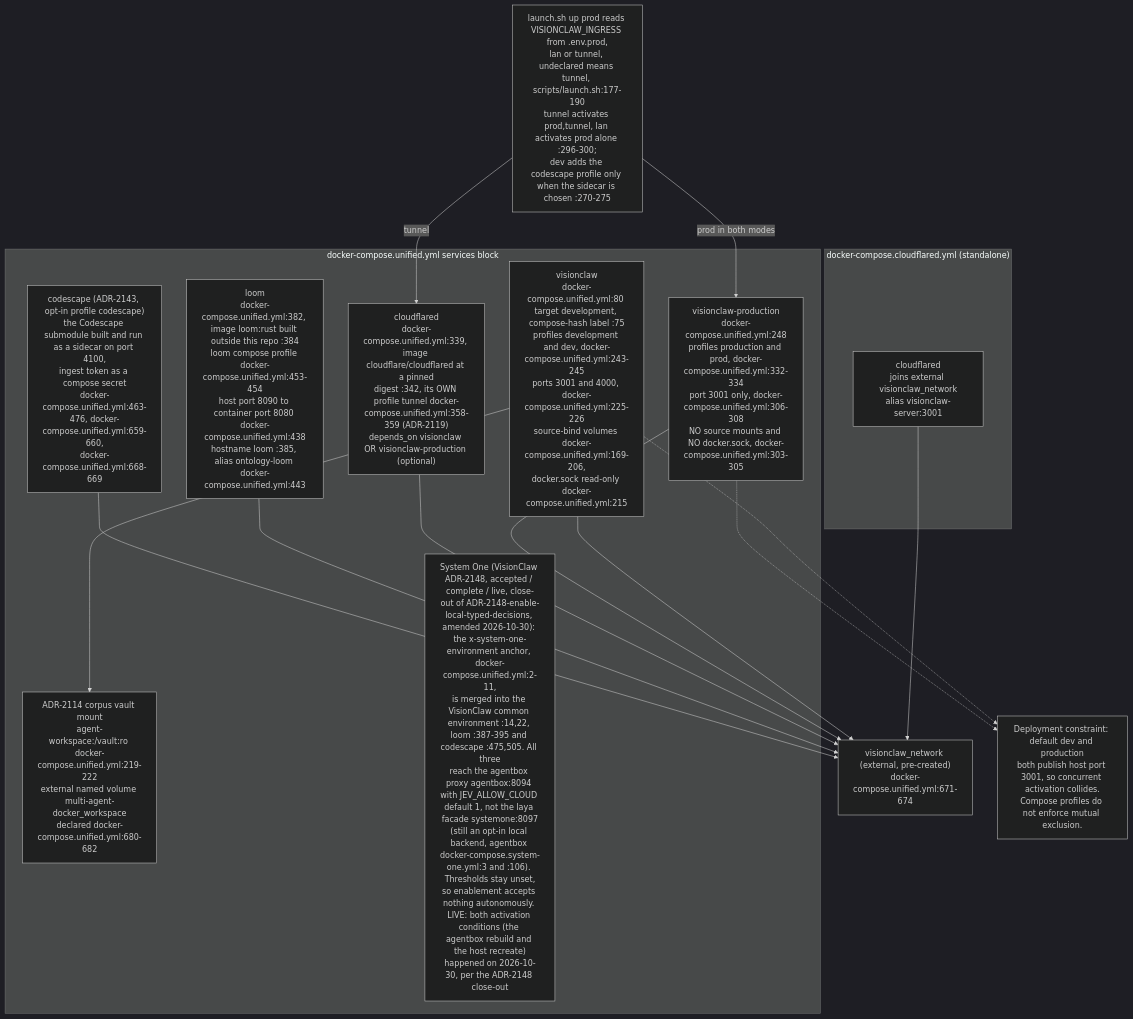
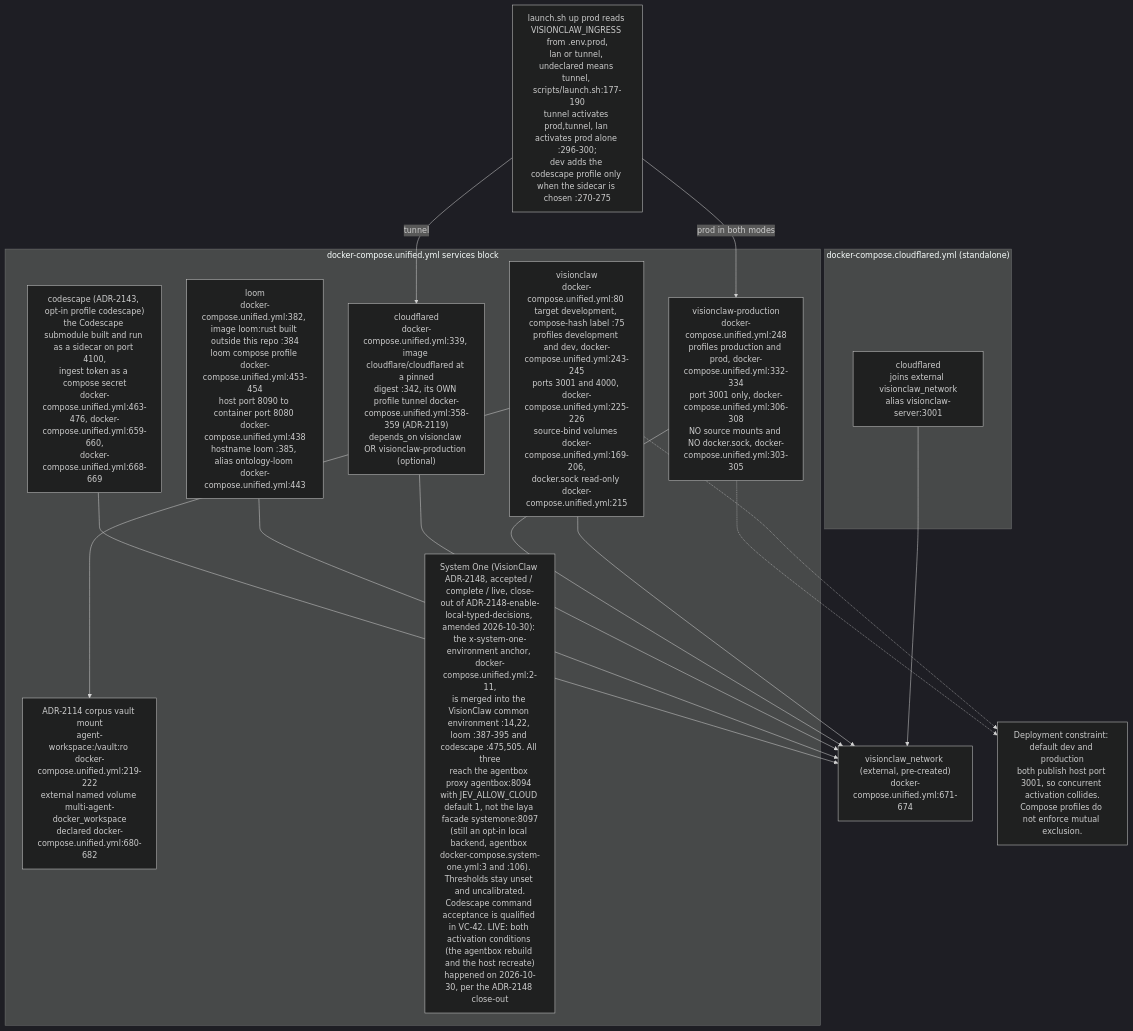
The eighth of 24 diagrams in docs/diagrams/estate/09-build-deploy-and-ci-estate.md (DreamLab-AI/VisionFlow), drawn with Mermaid (dark theme) before and after one commit. The commit also changed other lines of this file and 20 other files, not shown here.

Commit message:
Audit Codescape command policy and retained runtime artefacts

````diff
--- a/docs/diagrams/estate/09-build-deploy-and-ci-estate.md
+++ b/docs/diagrams/estate/09-build-deploy-and-ci-estate.md
@@ -303,31 +303,31 @@
 ```mermaid
 flowchart TB
     subgraph PROFILES["docker-compose.unified.yml services block"]
         DEVSVC["visionclaw<br/>docker-compose.unified.yml:80 target development, compose-hash label :75<br/>profiles development and dev, docker-compose.unified.yml:243-245<br/>ports 3001 and 4000, docker-compose.unified.yml:225-226<br/>source-bind volumes docker-compose.unified.yml:169-206,<br/>docker.sock read-only docker-compose.unified.yml:215"]
         VAULTMOUNT["ADR-2114 corpus vault mount<br/>agent-workspace:/vault:ro docker-compose.unified.yml:219-222<br/>external named volume multi-agent-docker_workspace<br/>declared docker-compose.unified.yml:680-682"]
         PRODSVC["visionclaw-production<br/>docker-compose.unified.yml:248<br/>profiles production and prod, docker-compose.unified.yml:332-334<br/>port 3001 only, docker-compose.unified.yml:306-308<br/>NO source mounts and NO docker.sock, docker-compose.unified.yml:303-305"]
         CLOUDFLARED["cloudflared<br/>docker-compose.unified.yml:339, image cloudflare/cloudflared at a pinned<br/>digest :342, its OWN profile tunnel docker-compose.unified.yml:358-359 (ADR-2119)<br/>depends_on visionclaw OR visionclaw-production (optional)"]
         LOOM["loom<br/>docker-compose.unified.yml:382, image loom:rust built outside this repo :384<br/>loom compose profile docker-compose.unified.yml:453-454<br/>host port 8090 to container port 8080 docker-compose.unified.yml:438<br/>hostname loom :385, alias ontology-loom docker-compose.unified.yml:443"]
         CODESCAPE["codescape (ADR-2143, opt-in profile codescape)<br/>the Codescape submodule built and run as a sidecar on port 4100,<br/>ingest token as a compose secret<br/>docker-compose.unified.yml:463-476, docker-compose.unified.yml:659-660,<br/>docker-compose.unified.yml:668-669"]
-        SYS1["System One (VisionClaw ADR-2148, accepted / complete / live, close-out of ADR-2148-enable-local-typed-decisions, amended 2026-10-30): the x-system-one-environment anchor, docker-compose.unified.yml:2-11,<br/>is merged into the VisionClaw common environment :14,22, loom :387-395 and codescape :475,505. All three<br/>reach the agentbox proxy agentbox:8094 with JEV_ALLOW_CLOUD default 1, not the laya facade systemone:8097<br/>(still an opt-in local backend, agentbox docker-compose.system-one.yml:3 and :106). Thresholds stay unset,<br/>so enablement accepts nothing autonomously. LIVE: both activation conditions (the agentbox rebuild and the host recreate)<br/>happened on 2026-10-30, per the ADR-2148 close-out"]
+        SYS1["System One (VisionClaw ADR-2148, accepted / complete / live, close-out of ADR-2148-enable-local-typed-decisions, amended 2026-10-30): the x-system-one-environment anchor, docker-compose.unified.yml:2-11,<br/>is merged into the VisionClaw common environment :14,22, loom :387-395 and codescape :475,505. All three<br/>reach the agentbox proxy agentbox:8094 with JEV_ALLOW_CLOUD default 1, not the laya facade systemone:8097<br/>(still an opt-in local backend, agentbox docker-compose.system-one.yml:3 and :106). Thresholds stay unset and uncalibrated.<br/>Codescape command acceptance is qualified in VC-42. LIVE: both activation conditions (the agentbox rebuild and the host recreate)<br/>happened on 2026-10-30, per the ADR-2148 close-out"]
     end
     subgraph EXTFILE["docker-compose.cloudflared.yml (standalone)"]
         CFSTANDALONE["cloudflared<br/>joins external visionclaw_network<br/>alias visionclaw-server:3001"]
     end
     NET["visionclaw_network (external, pre-created)<br/>docker-compose.unified.yml:671-674"]
     INGRESS["launch.sh up prod reads VISIONCLAW_INGRESS from .env.prod,<br/>lan or tunnel, undeclared means tunnel, scripts/launch.sh:177-190<br/>tunnel activates prod,tunnel, lan activates prod alone :296-300;<br/>dev adds the codescape profile only when the sidecar is chosen :270-275"]
     INGRESS -->|"tunnel"| CLOUDFLARED
     INGRESS -->|"prod in both modes"| PRODSVC
 
     DEVSVC --> VAULTMOUNT
     DEVSVC --> NET
     PRODSVC --> NET
     CLOUDFLARED --> NET
     LOOM --> NET
     CODESCAPE --> NET
     CFSTANDALONE --> NET
 
     GATE["Deployment constraint: default dev and production<br/>both publish host port 3001, so concurrent activation collides.<br/>Compose profiles do not enforce mutual exclusion."]
     DEVSVC -.-> GATE
     PRODSVC -.-> GATE
 ```
````
